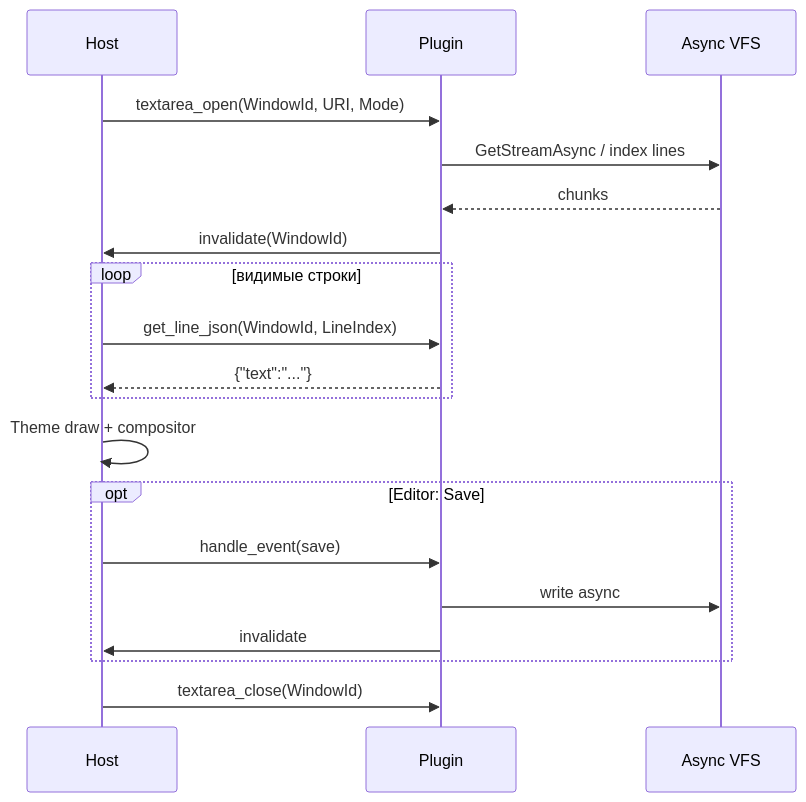
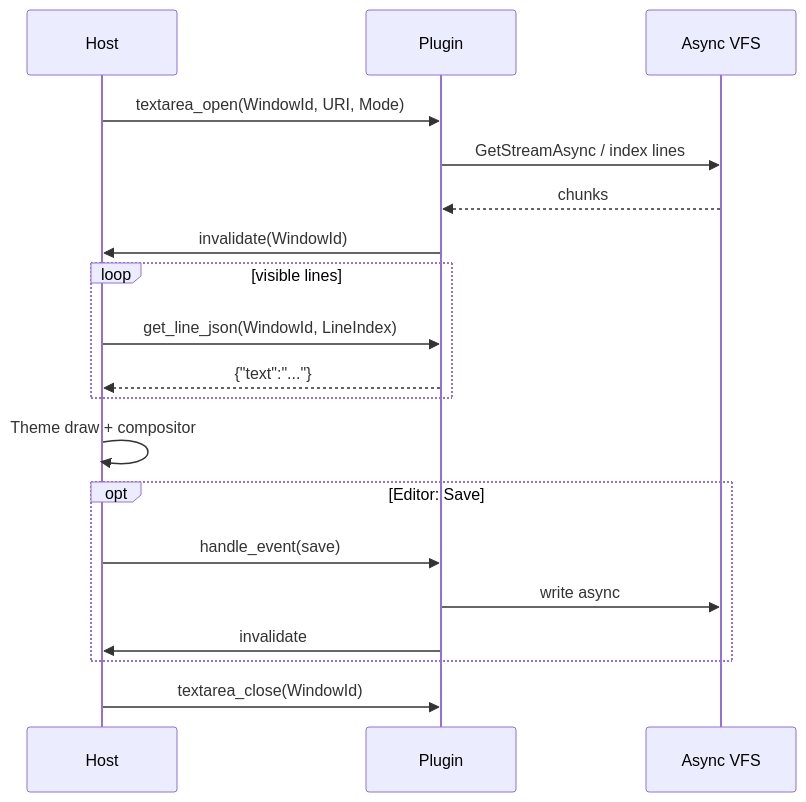
One commit to Laex/MTN2 changed the diagram in docs/TEXTAREA_PLUGIN.md. Above: the diagram before and after it, drawn with Mermaid. The commit also changed other lines of this file and 120 other files, not shown here.

````diff
--- a/docs/TEXTAREA_PLUGIN.md
+++ b/docs/TEXTAREA_PLUGIN.md
@@ -32,22 +34,22 @@
 ```mermaid
 sequenceDiagram
     participant Host
     participant Plug as Plugin
     participant VFS as Async VFS
 
     Host->>Plug: textarea_open(WindowId, URI, Mode)
     Plug->>VFS: GetStreamAsync / index lines
     VFS-->>Plug: chunks
     Plug->>Host: invalidate(WindowId)
-    loop видимые строки
+    loop visible lines
         Host->>Plug: get_line_json(WindowId, LineIndex)
         Plug-->>Host: {"text":"..."}
     end
     Host->>Host: Theme draw + compositor
     opt Editor: Save
         Host->>Plug: handle_event(save)
         Plug->>VFS: write async
         Plug->>Host: invalidate
     end
     Host->>Plug: textarea_close(WindowId)
 ```
````
